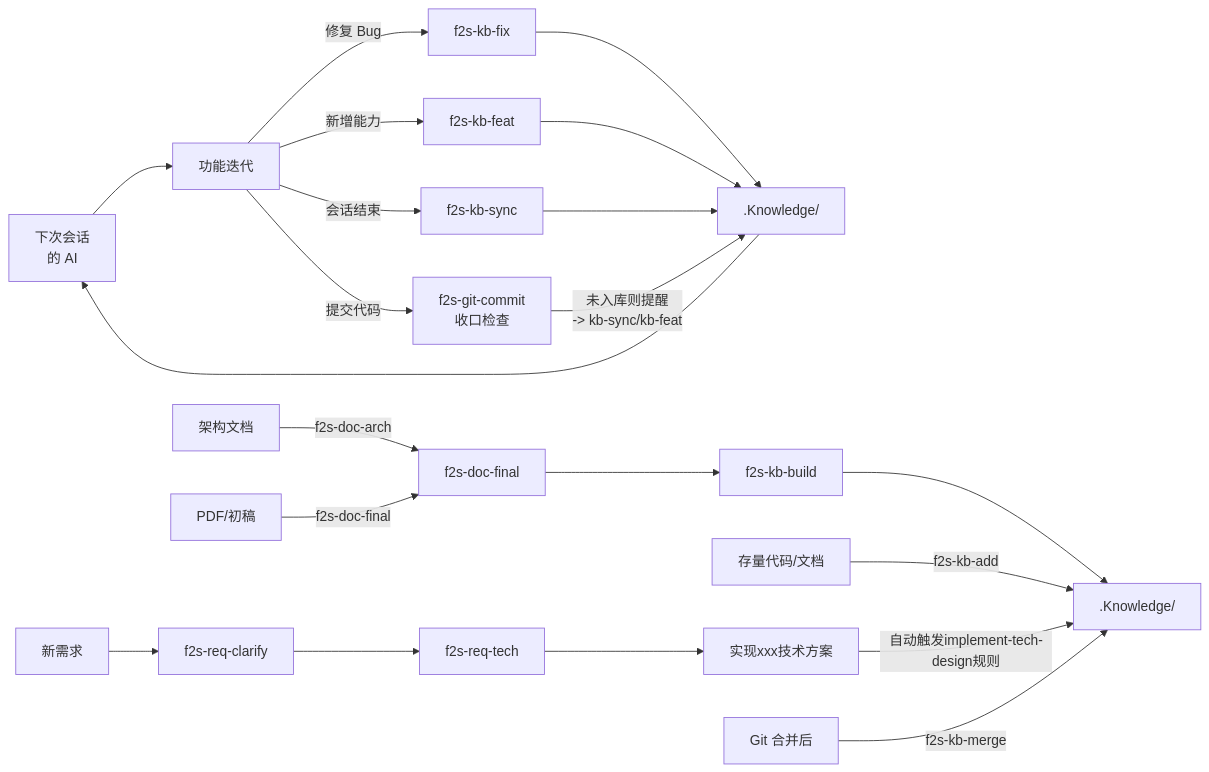
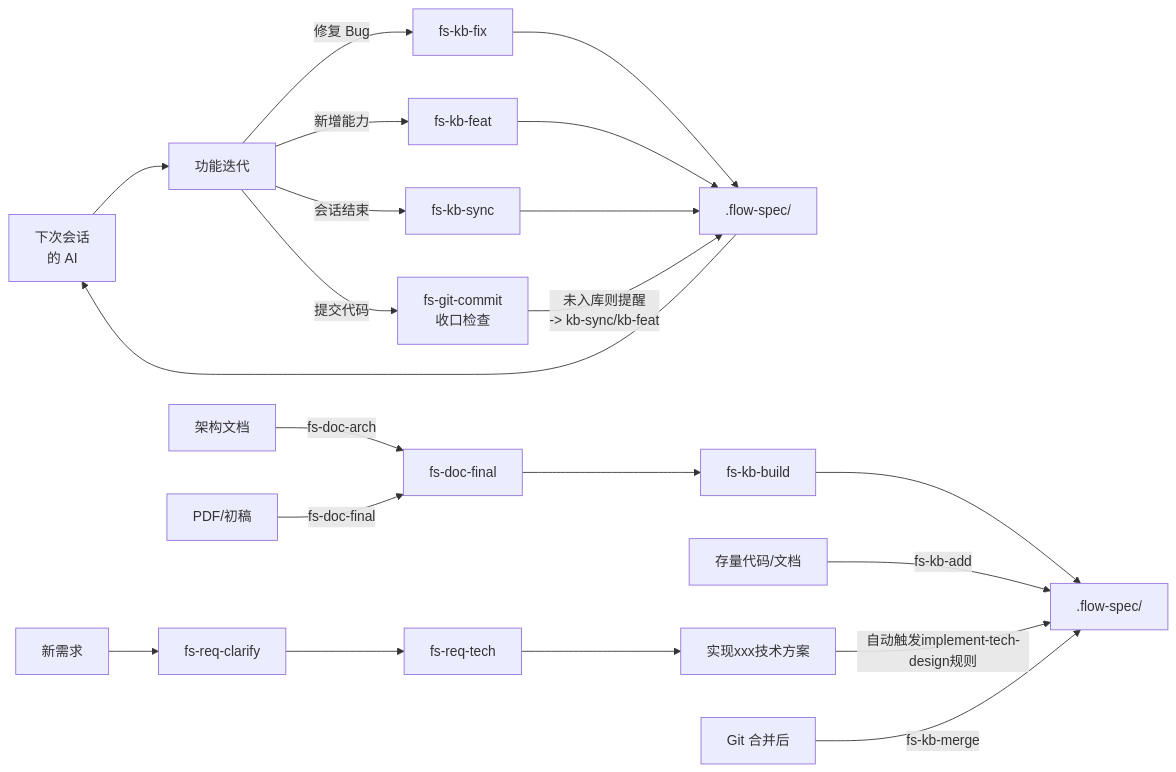
The fifth of 10 diagrams in docs/设计说明.md (double-coding-lab/Flow2Spec), drawn with Mermaid before and after one commit. The commit also changed other lines of this file and 543 other files, not shown here.

Commit message:
♻️ refactor: 统一 flow-spec 命名与知识库路径

````diff
--- a/docs/设计说明.md
+++ b/docs/设计说明.md
@@ -159,24 +159,24 @@
 ```mermaid
 graph LR
     AI["下次会话\n的 AI"] --> C["功能迭代"]
-    K[".Knowledge/"] 
-    K1[".Knowledge/"] --> AI["下次会话\n的 AI"]
+    K[".flow-spec/"]
+    K1[".flow-spec/"] --> AI["下次会话\n的 AI"]
 
-    C -->|"修复 Bug"| FIX["f2s-kb-fix"] --> K1
-    C -->|"新增能力"| FEAT["f2s-kb-feat"] --> K1
-    C -->|"会话结束"| SYNC["f2s-kb-sync"] --> K1
-    C -->|"提交代码"| CMT["f2s-git-commit\n收口检查"]
+    C -->|"修复 Bug"| FIX["fs-kb-fix"] --> K1
+    C -->|"新增能力"| FEAT["fs-kb-feat"] --> K1
+    C -->|"会话结束"| SYNC["fs-kb-sync"] --> K1
+    C -->|"提交代码"| CMT["fs-git-commit\n收口检查"]
     CMT -->|"未入库则提醒\n-> kb-sync/kb-feat"| K1
 
-    D1["架构文档"] -->|f2s-doc-arch| FIN["f2s-doc-final"]
-    D2["PDF/初稿"] -->|f2s-doc-final| FIN
-    FIN --> CTX["f2s-kb-build"] --> K
+    D1["架构文档"] -->|fs-doc-arch| FIN["fs-doc-final"]
+    D2["PDF/初稿"] -->|fs-doc-final| FIN
+    FIN --> CTX["fs-kb-build"] --> K
 
-    OLD["存量代码/文档"] -->|f2s-kb-add| K
+    OLD["存量代码/文档"] -->|fs-kb-add| K
 
-    NR["新需求"] --> CL["f2s-req-clarify"] --> BE["f2s-req-tech"]
+    NR["新需求"] --> CL["fs-req-clarify"] --> BE["fs-req-tech"]
     BE --> IMPL["实现xxx技术方案"] -->|自动触发implement-tech-design规则| K
 
-    GIT["Git 合并后"] -->|f2s-kb-merge| K
+    GIT["Git 合并后"] -->|fs-kb-merge| K
 
 ```
````
